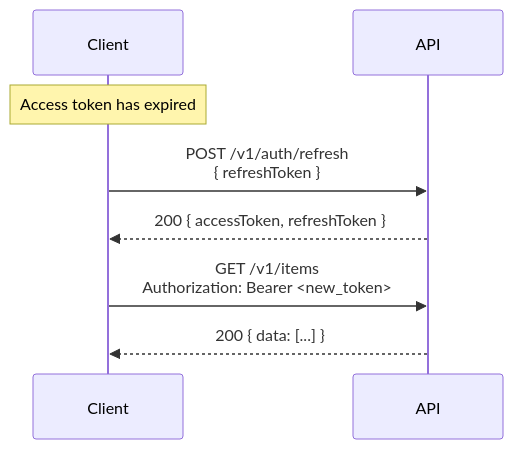
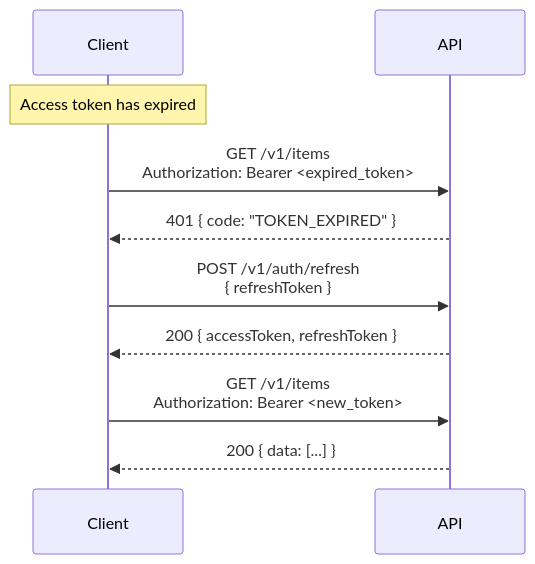
Before and after one commit to dataGriff/domain-api-template: the fourth of 5 diagrams in docs/specifications/sequence-diagrams.md, drawn with Mermaid. The commit also changed other lines of this file and 25 other files, not shown here.

````diff
--- a/docs/specifications/sequence-diagrams.md
+++ b/docs/specifications/sequence-diagrams.md
@@ -70,13 +75,16 @@
 ```mermaid
 sequenceDiagram
     participant Client
     participant API
 
     Note over Client: Access token has expired
 
+    Client->>API: GET /v1/items<br/>Authorization: Bearer <expired_token>
+    API-->>Client: 401 { code: "TOKEN_EXPIRED" }
+
     Client->>API: POST /v1/auth/refresh<br/>{ refreshToken }
     API-->>Client: 200 { accessToken, refreshToken }
 
     Client->>API: GET /v1/items<br/>Authorization: Bearer <new_token>
     API-->>Client: 200 { data: [...] }
 ```
````
